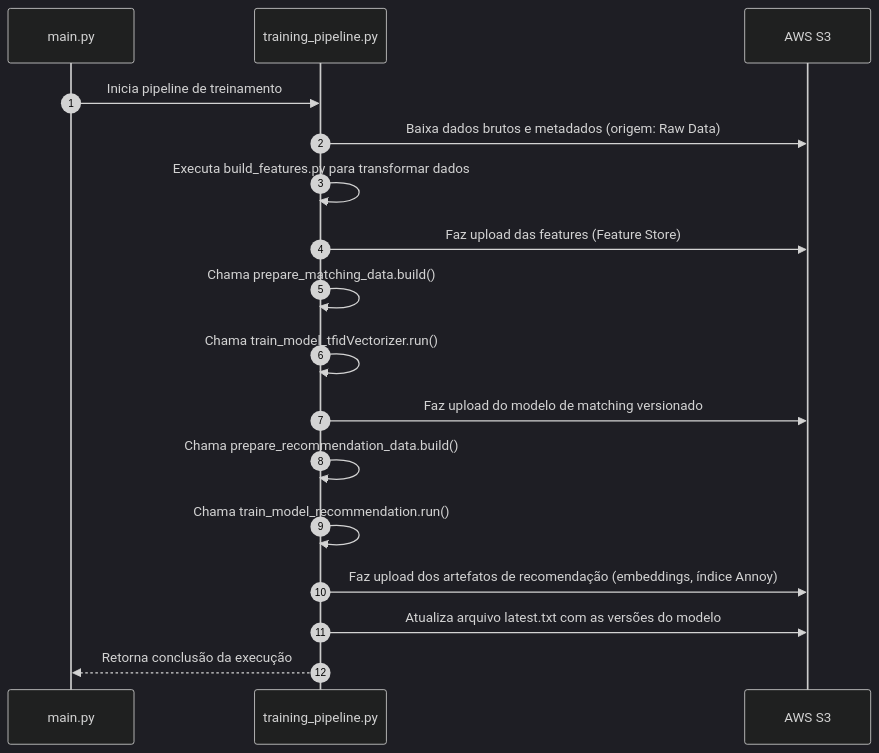
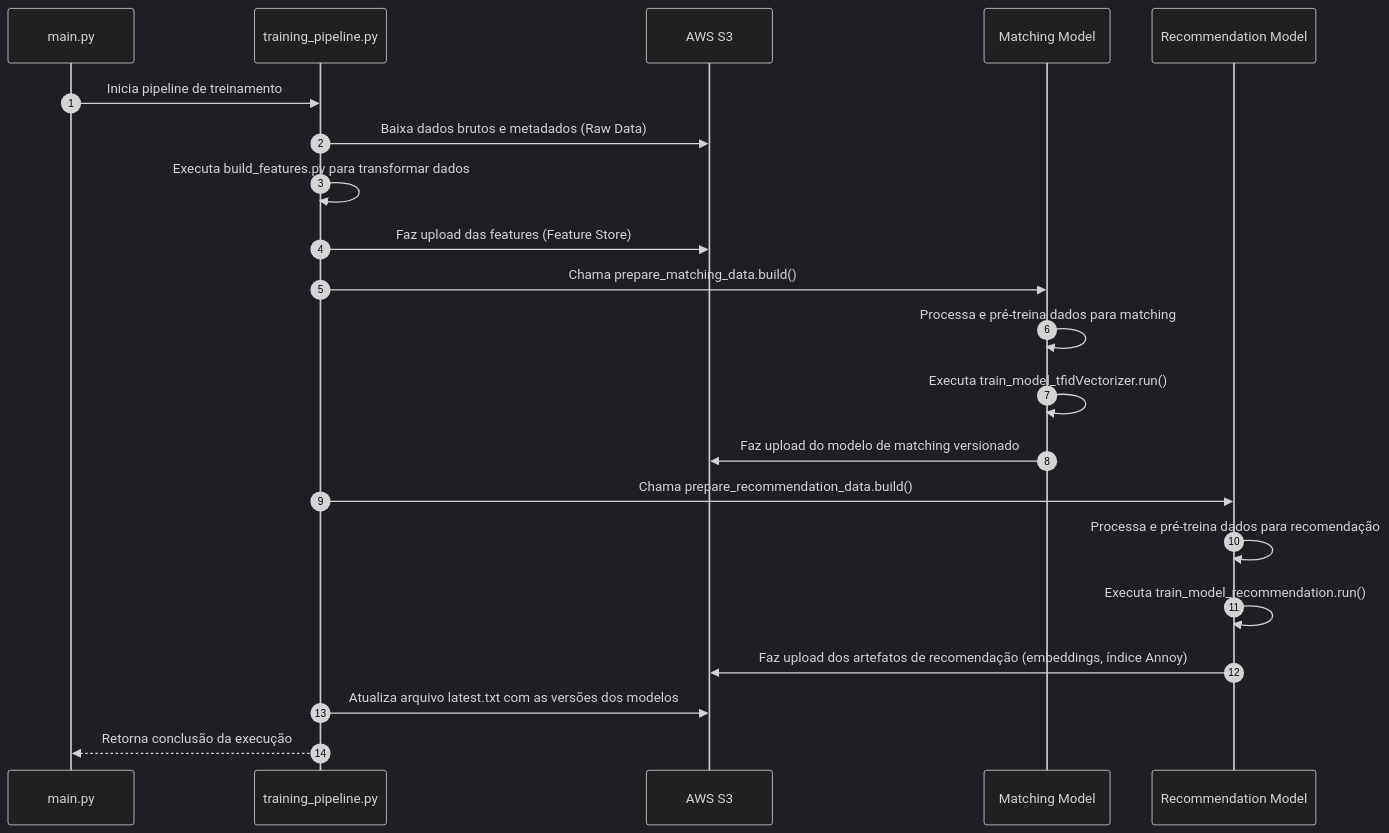
One commit to Renatmf5/ml-lab-datathon changed the diagram in README.md. Above: the diagram before and after it, drawn with Mermaid (dark theme).

Commit message:
Gera documentação

````diff
--- a/README.md
+++ b/README.md
@@ -274,20 +274,24 @@
 ```mermaid
 sequenceDiagram
     autonumber
     participant Main as main.py
     participant TP as training_pipeline.py
     participant S3 as AWS S3
+    participant MM as Matching Model
+    participant RM as Recommendation Model
 
     Main->>TP: Inicia pipeline de treinamento
-    TP->>S3: Baixa dados brutos e metadados (origem: Raw Data)
+    TP->>S3: Baixa dados brutos e metadados (Raw Data)
     TP->>TP: Executa build_features.py para transformar dados
     TP->>S3: Faz upload das features (Feature Store)
-    TP->>TP: Chama prepare_matching_data.build()
-    TP->>TP: Chama train_model_tfidVectorizer.run()
-    TP->>S3: Faz upload do modelo de matching versionado
-    TP->>TP: Chama prepare_recommendation_data.build()
-    TP->>TP: Chama train_model_recommendation.run()
-    TP->>S3: Faz upload dos artefatos de recomendação (embeddings, índice Annoy)
-    TP->>S3: Atualiza arquivo latest.txt com as versões do modelo
+    TP->>MM: Chama prepare_matching_data.build()
+    MM->>MM: Processa e pré-treina dados para matching
+    MM->>MM: Executa train_model_tfidVectorizer.run()
+    MM->>S3: Faz upload do modelo de matching versionado
+    TP->>RM: Chama prepare_recommendation_data.build()
+    RM->>RM: Processa e pré-treina dados para recomendação
+    RM->>RM: Executa train_model_recommendation.run()
+    RM->>S3: Faz upload dos artefatos de recomendação (embeddings, índice Annoy)
+    TP->>S3: Atualiza arquivo latest.txt com as versões dos modelos
     TP-->>Main: Retorna conclusão da execução
 ```
````
